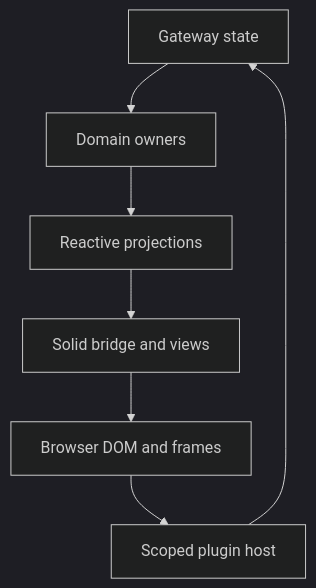
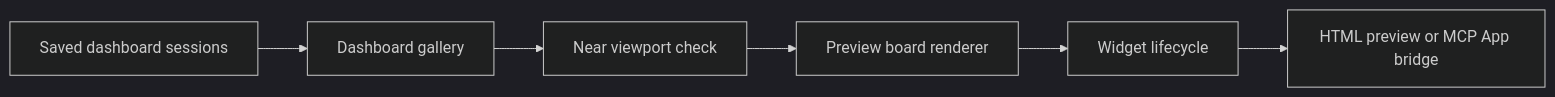
Before and after one commit to miguelbranco80/openclaw-bug-origins: the diagram in fix-origins/clawsweeper/bundles/0107.full.md, drawn with Mermaid (dark theme). The commit also changed other lines of this file and 6464 other files, not shown here.

````diff
--- a/fix-origins/clawsweeper/bundles/0107.full.md
+++ b/fix-origins/clawsweeper/bundles/0107.full.md
@@ -62,9 +43,8 @@
 ```mermaid
-flowchart TD
-  A[Gateway state] --> B[Domain owners]
-  B --> C[Reactive projections]
-  C --> D[Solid bridge and views]
-  D --> E[Browser DOM and frames]
-  E --> F[Scoped plugin host]
-  F --> A
+flowchart LR
+  A[Saved dashboard sessions] --> B[Dashboard gallery]
+  B --> C[Near viewport check]
+  C --> D[Preview board renderer]
+  D --> E[Widget lifecycle]
+  E --> F[HTML preview or MCP App bridge]
 ```
````
